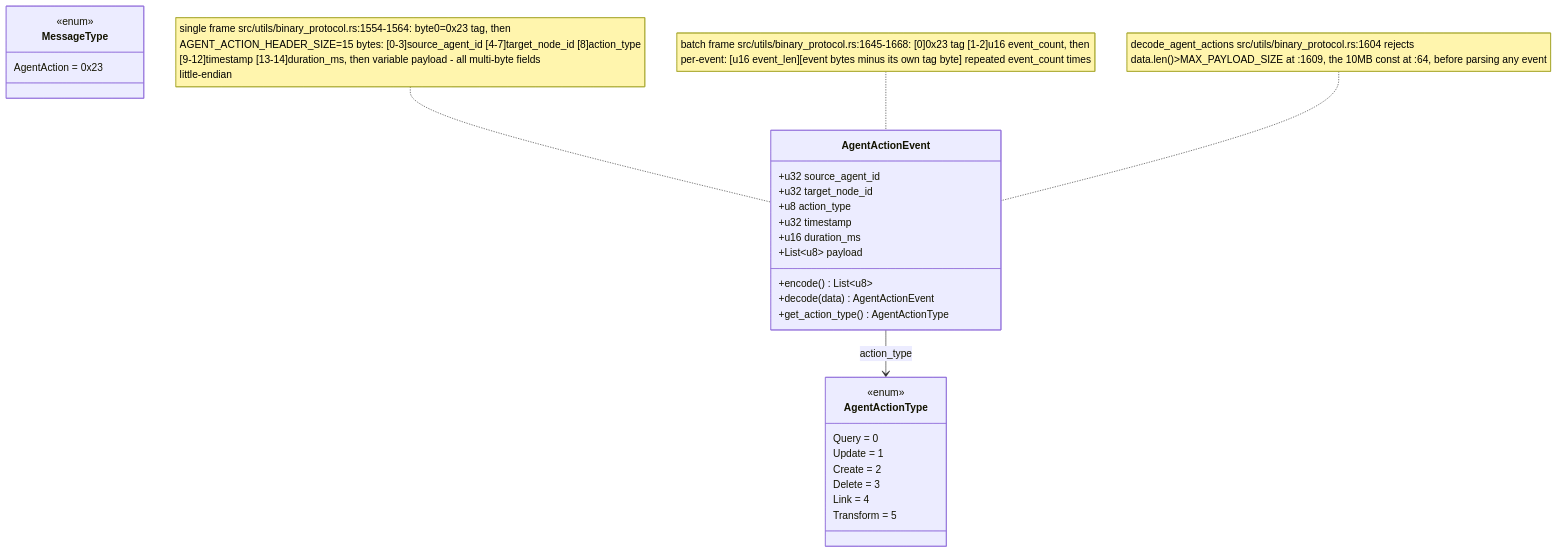
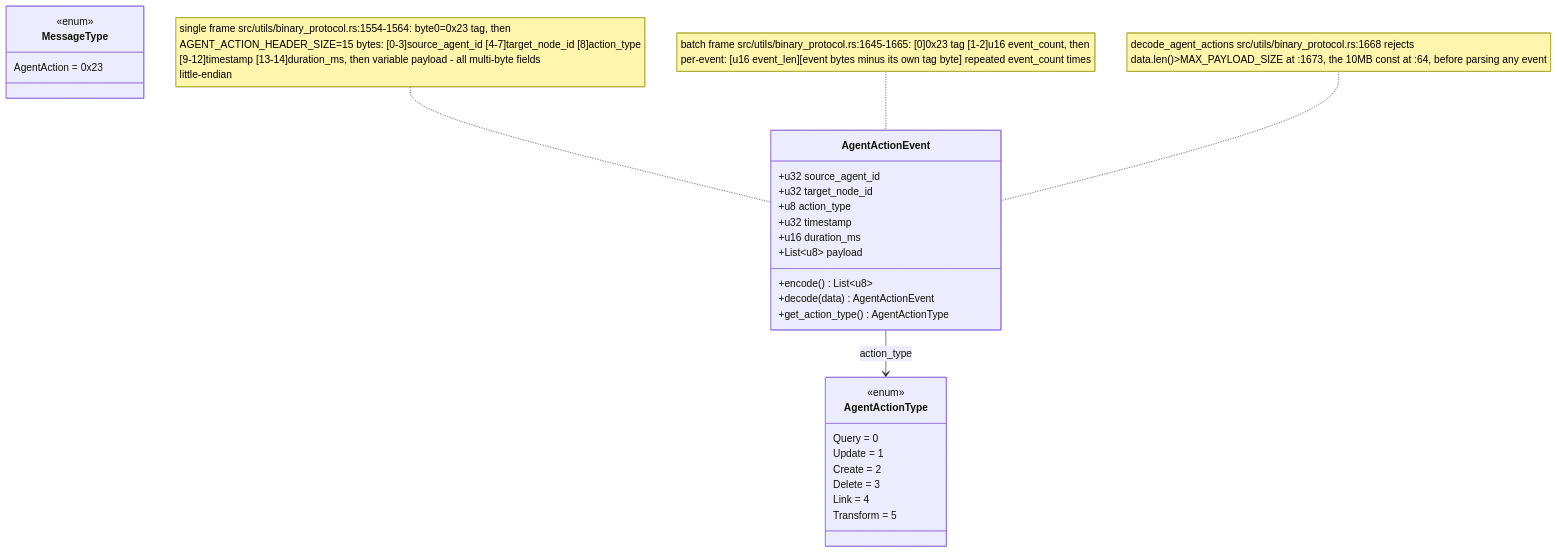
One commit to DreamLab-AI/VisionFlow changed the fifth of 12 diagrams in docs/diagrams/estate/02-agent-events-agentbox-to-visionclaw.md. Above: the diagram before and after it, drawn with Mermaid. The commit also changed other lines of this file and 94 other files, not shown here.

First line of the commit message:
docs(diagrams): re-verify 130 topics against 2 October HEADs

````diff
--- a/docs/diagrams/estate/02-agent-events-agentbox-to-visionclaw.md
+++ b/docs/diagrams/estate/02-agent-events-agentbox-to-visionclaw.md
@@ -247,31 +247,31 @@
 ```mermaid
 classDiagram
     class MessageType {
       <<enum>>
       AgentAction = 0x23
     }
     class AgentActionEvent {
       +u32 source_agent_id
       +u32 target_node_id
       +u8 action_type
       +u32 timestamp
       +u16 duration_ms
       +List~u8~ payload
       +encode() List~u8~
       +decode(data) AgentActionEvent
       +get_action_type() AgentActionType
     }
     class AgentActionType {
       <<enum>>
       Query = 0
       Update = 1
       Create = 2
       Delete = 3
       Link = 4
       Transform = 5
     }
     AgentActionEvent --> AgentActionType : action_type
     note for AgentActionEvent "single frame src/utils/binary_protocol.rs:1554-1564: byte0=0x23 tag, then<br/>AGENT_ACTION_HEADER_SIZE=15 bytes: [0-3]source_agent_id [4-7]target_node_id [8]action_type<br/>[9-12]timestamp [13-14]duration_ms, then variable payload - all multi-byte fields<br/>little-endian"
-    note for AgentActionEvent "batch frame src/utils/binary_protocol.rs:1645-1668: [0]0x23 tag [1-2]u16 event_count, then<br/>per-event: [u16 event_len][event bytes minus its own tag byte] repeated event_count times"
-    note for AgentActionEvent "decode_agent_actions src/utils/binary_protocol.rs:1604 rejects<br/>data.len()>MAX_PAYLOAD_SIZE at :1609, the 10MB const at :64, before parsing any event"
+    note for AgentActionEvent "batch frame src/utils/binary_protocol.rs:1645-1665: [0]0x23 tag [1-2]u16 event_count, then<br/>per-event: [u16 event_len][event bytes minus its own tag byte] repeated event_count times"
+    note for AgentActionEvent "decode_agent_actions src/utils/binary_protocol.rs:1668 rejects<br/>data.len()>MAX_PAYLOAD_SIZE at :1673, the 10MB const at :64, before parsing any event"
 ```
````
